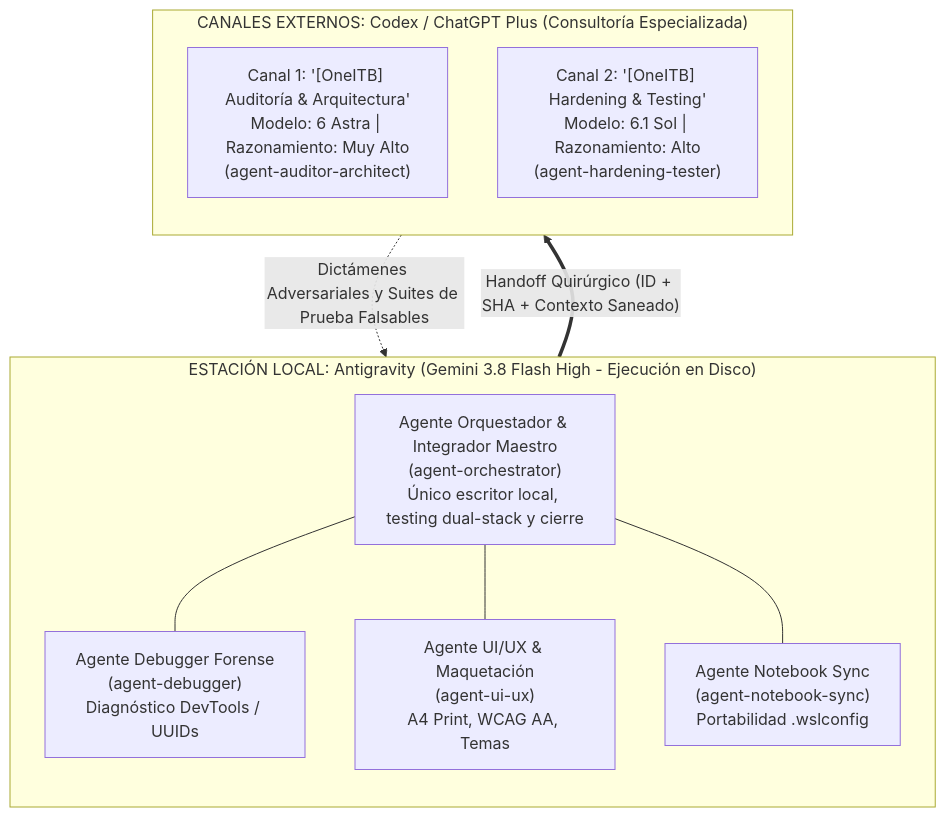
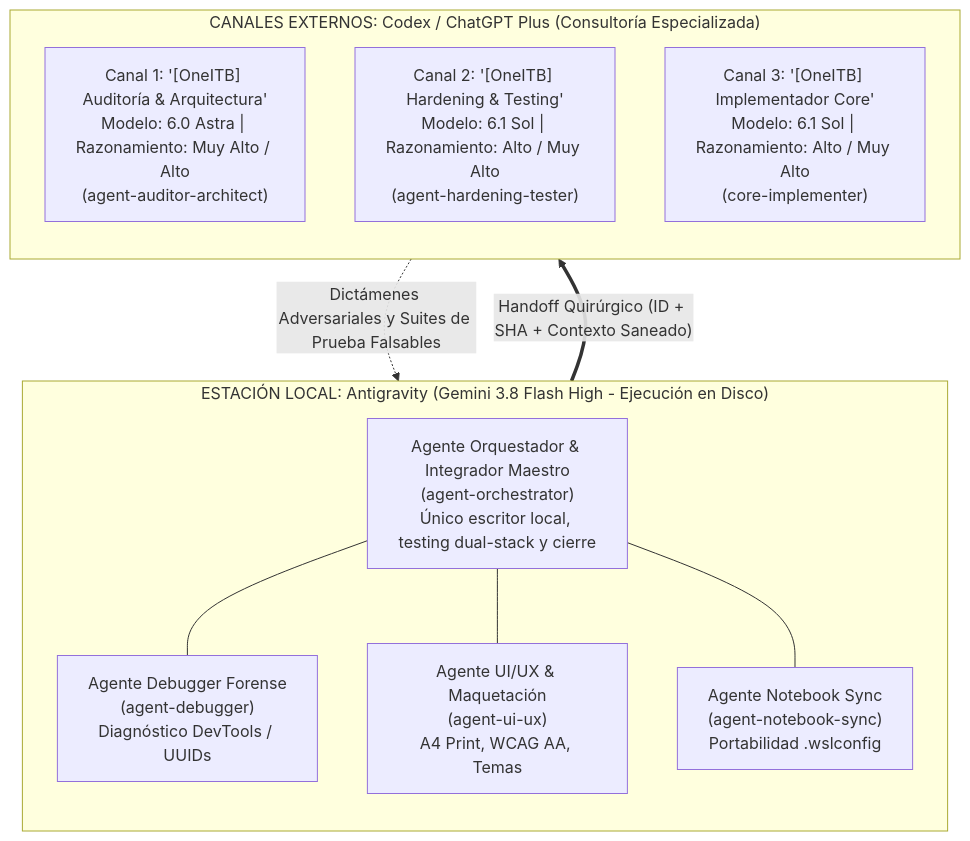
The diagram in docs/project_docs/MULTI_AGENT_FRAMEWORK.md (fagdiaz/OneITB), drawn with Mermaid before and after one commit. The commit also changed other lines of this file and 96 other files, not shown here.

````diff
--- a/docs/project_docs/MULTI_AGENT_FRAMEWORK.md
+++ b/docs/project_docs/MULTI_AGENT_FRAMEWORK.md
@@ -15,23 +15,24 @@
 ```mermaid
 flowchart TD
     subgraph Local["ESTACIÓN LOCAL: Antigravity (Gemini 3.8 Flash High - Ejecución en Disco)"]
         direction TB
         ORCH["Agente Orquestador & Integrador Maestro\n(agent-orchestrator)\nÚnico escritor local, testing dual-stack y cierre"]
         DEB["Agente Debugger Forense\n(agent-debugger)\nDiagnóstico DevTools / UUIDs"]
         UI["Agente UI/UX & Maquetación\n(agent-ui-ux)\nA4 Print, WCAG AA, Temas"]
         SYNC["Agente Notebook Sync\n(agent-notebook-sync)\nPortabilidad .wslconfig"]
 
         ORCH --- DEB
         ORCH --- UI
         ORCH --- SYNC
     end
 
     subgraph External["CANALES EXTERNOS: Codex / ChatGPT Plus (Consultoría Especializada)"]
         direction TB
-        CH1["Canal 1: '[OneITB] Auditoría & Arquitectura'\nModelo: 6 Astra | Razonamiento: Muy Alto\n(agent-auditor-architect)"]
-        CH2["Canal 2: '[OneITB] Hardening & Testing'\nModelo: 6.1 Sol | Razonamiento: Alto\n(agent-hardening-tester)"]
+        CH1["Canal 1: '[OneITB] Auditoría & Arquitectura'\nModelo: 6.0 Astra | Razonamiento: Muy Alto / Alto\n(agent-auditor-architect)"]
+        CH2["Canal 2: '[OneITB] Hardening & Testing'\nModelo: 6.1 Sol | Razonamiento: Alto / Muy Alto\n(agent-hardening-tester)"]
+        CH3["Canal 3: '[OneITB] Implementador Core'\nModelo: 6.1 Sol | Razonamiento: Alto / Muy Alto\n(core-implementer)"]
     end
 
     ORCH ==>|"Handoff Quirúrgico (ID + SHA + Contexto Saneado)"| External
     External -.->|"Dictámenes Adversariales y Suites de Prueba Falsables"| ORCH
 ```
````
